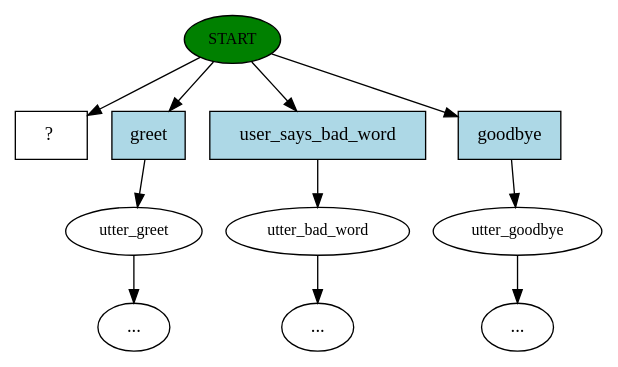
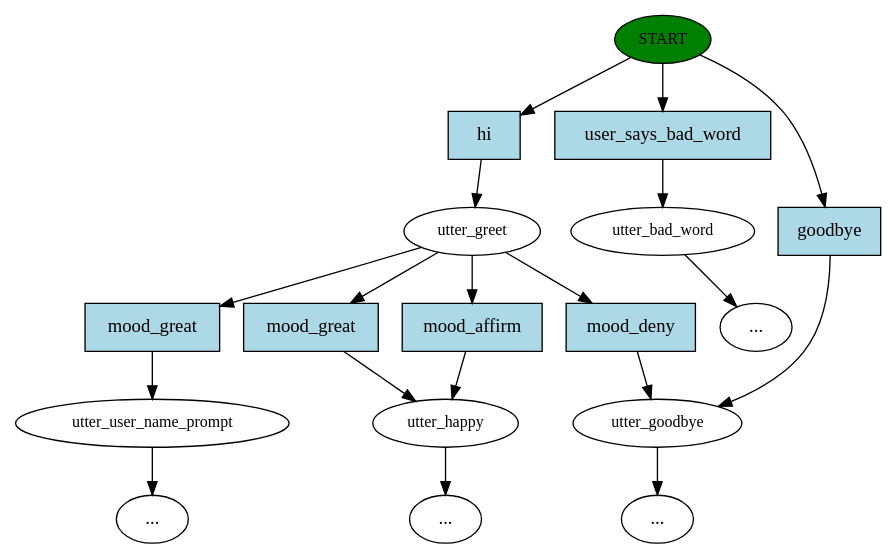
Before and after one commit to roger1891/Jiggabot: the diagram in story_graph.dot, drawn with Graphviz. The commit also changed 10 other files, not shown here.

```diff
--- a/story_graph.dot
+++ b/story_graph.dot
@@ -1,23 +1,37 @@
 digraph  {
 0 [class="start active", fillcolor=green, fontsize=12, label=START, style=filled];
-1 [class="", fontsize=12, label=utter_greet];
-7 [class="", fontsize=12, label=utter_bad_word];
+1 [class="active dashed", fontsize=12, label=utter_greet];
+2 [class="", fontsize=12, label=utter_user_name_prompt];
+"-8" [class=ellipsis, label="..."];
+13 [class="", fontsize=12, label=utter_bad_word];
 "-9" [class=ellipsis, label="..."];
-"-12" [class=ellipsis, label="..."];
-11 [class="", fontsize=12, label=utter_goodbye];
+15 [class="", fontsize=12, label=utter_happy];
+"-11" [class=ellipsis, label="..."];
+19 [class="", fontsize=12, label=utter_goodbye];
 "-13" [class=ellipsis, label="..."];
-12 [class="intent dashed active", label="  ?  ", shape=rect];
-13 [class=intent, fillcolor=lightblue, label=greet, shape=rect, style=filled];
-14 [class=intent, fillcolor=lightblue, label=user_says_bad_word, shape=rect, style=filled];
-15 [class=intent, fillcolor=lightblue, label=goodbye, shape=rect, style=filled];
-0 -> 12  [class=active, key=NONE, label=""];
-0 -> 13  [class="", key=0];
-0 -> 14  [class="", key=0];
-0 -> 15  [class="", key=0];
-1 -> "-12"  [class="", key=NONE, label=""];
-7 -> "-9"  [class="", key=NONE, label=""];
-11 -> "-13"  [class="", key=NONE, label=""];
-13 -> 1  [class="", key=0];
-14 -> 7  [class="", key=0];
-15 -> 11  [class="", key=0];
+22 [class="intent active", fillcolor=lightblue, label=hi, shape=rect, style=filled];
+23 [class=intent, fillcolor=lightblue, label=user_says_bad_word, shape=rect, style=filled];
+24 [class=intent, fillcolor=lightblue, label=goodbye, shape=rect, style=filled];
+25 [class=intent, fillcolor=lightblue, label=mood_great, shape=rect, style=filled];
+26 [class=intent, fillcolor=lightblue, label=mood_great, shape=rect, style=filled];
+27 [class=intent, fillcolor=lightblue, label=mood_affirm, shape=rect, style=filled];
+28 [class=intent, fillcolor=lightblue, label=mood_deny, shape=rect, style=filled];
+0 -> 22  [class=active, key=0];
+0 -> 23  [class="", key=0];
+0 -> 24  [class="", key=0];
+1 -> 25  [class="", key=0];
+1 -> 26  [class="", key=0];
+1 -> 27  [class="", key=0];
+1 -> 28  [class="", key=0];
+2 -> "-8"  [class="", key=NONE, label=""];
+13 -> "-9"  [class="", key=NONE, label=""];
+15 -> "-11"  [class="", key=NONE, label=""];
+19 -> "-13"  [class="", key=NONE, label=""];
+22 -> 1  [class=active, key=0];
+23 -> 13  [class="", key=0];
+24 -> 19  [class="", key=0];
+25 -> 2  [class="", key=0];
+26 -> 15  [class="", key=0];
+27 -> 15  [class="", key=0];
+28 -> 19  [class="", key=0];
 }
```
